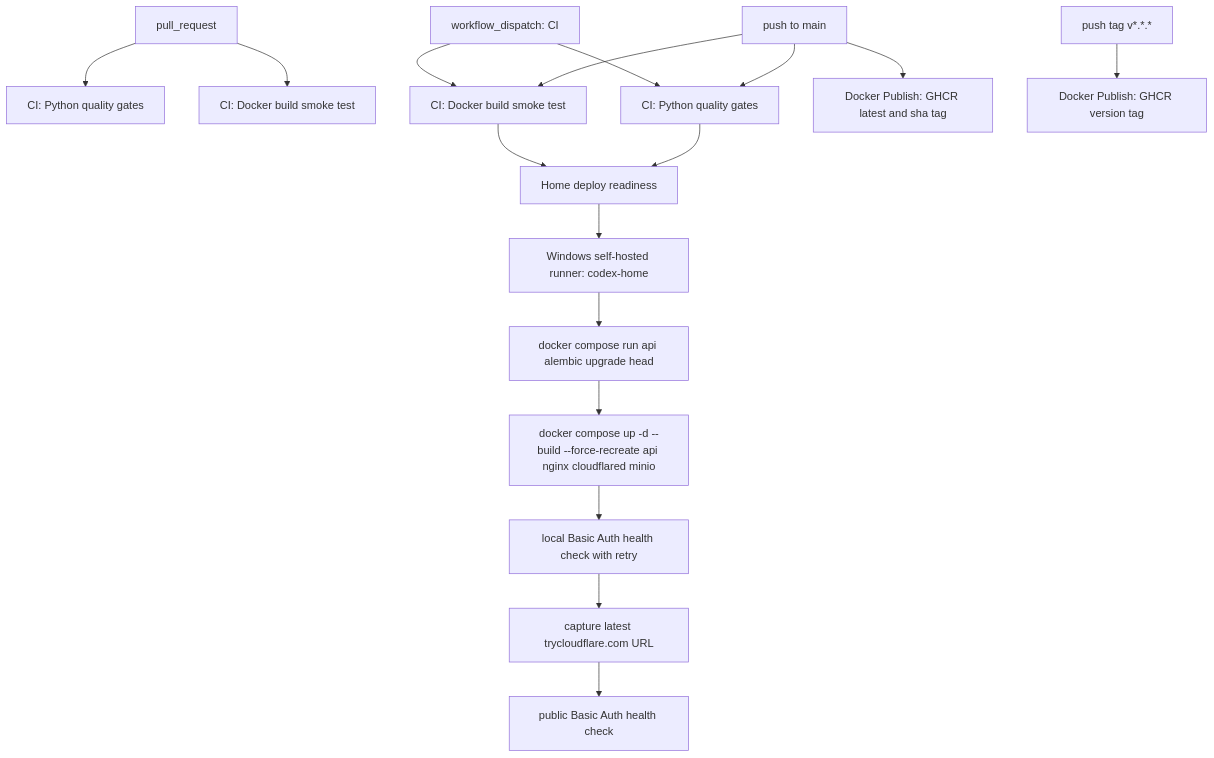
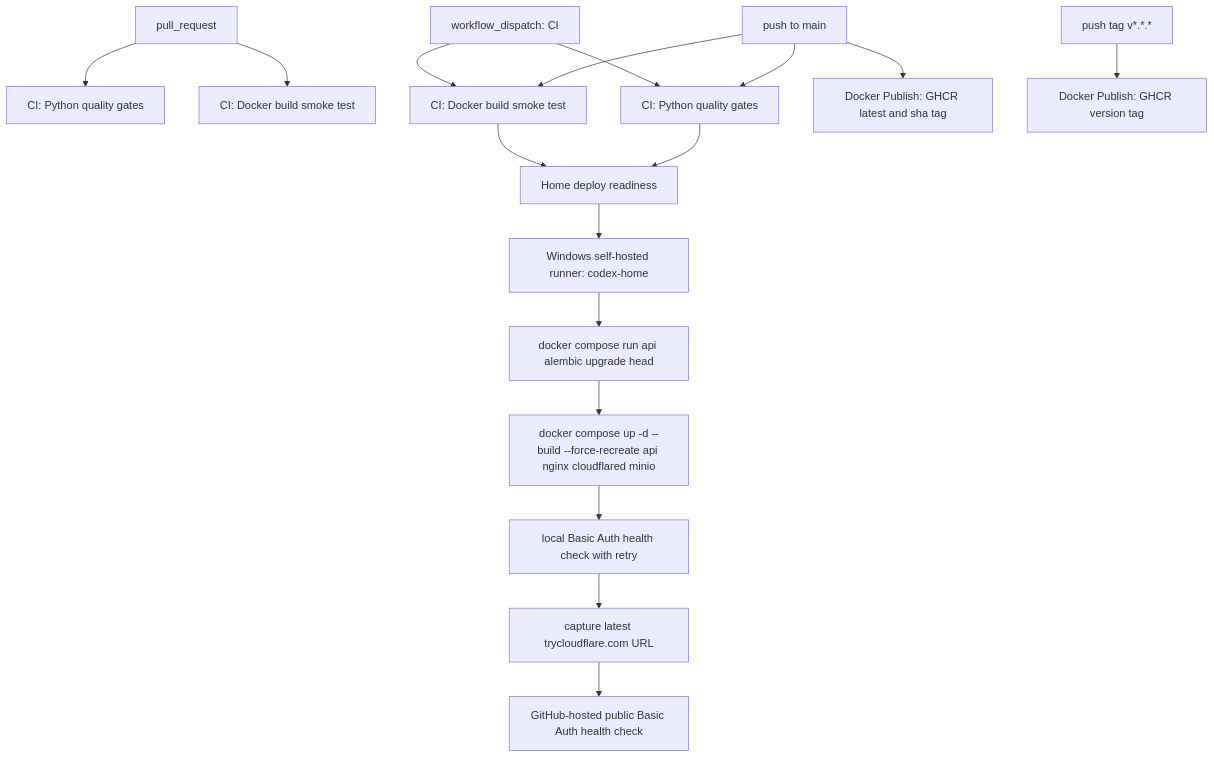
The first of 5 diagrams in docs/CICD.md (Mabaragi/codex-youtube-pipeline), drawn with Mermaid before and after one commit. The commit also changed other lines of this file and 1 other file, not shown here.

Commit message:
ci: verify public tunnel off home runner

````diff
--- a/docs/CICD.md
+++ b/docs/CICD.md
@@ -15,22 +15,22 @@
 ```mermaid
 flowchart TD
     PR["pull_request"] --> QualityPR["CI: Python quality gates"]
     PR --> DockerPR["CI: Docker build smoke test"]
 
     Main["push to main"] --> QualityMain["CI: Python quality gates"]
     Main --> DockerMain["CI: Docker build smoke test"]
     Main --> PublishMain["Docker Publish: GHCR latest and sha tag"]
 
     QualityMain --> Preflight["Home deploy readiness"]
     DockerMain --> Preflight
     Preflight --> HomeRunner["Windows self-hosted runner: codex-home"]
     HomeRunner --> Migration["docker compose run api alembic upgrade head"]
     Migration --> ComposeDeploy["docker compose up -d --build --force-recreate api nginx cloudflared minio"]
     ComposeDeploy --> LocalHealth["local Basic Auth health check with retry"]
     LocalHealth --> CaptureUrl["capture latest trycloudflare.com URL"]
-    CaptureUrl --> PublicHealth["public Basic Auth health check"]
+    CaptureUrl --> PublicHealth["GitHub-hosted public Basic Auth health check"]
 
     Tag["push tag v*.*.*"] --> PublishTag["Docker Publish: GHCR version tag"]
     Manual["workflow_dispatch: CI"] --> QualityMain
     Manual --> DockerMain
 ```
````
